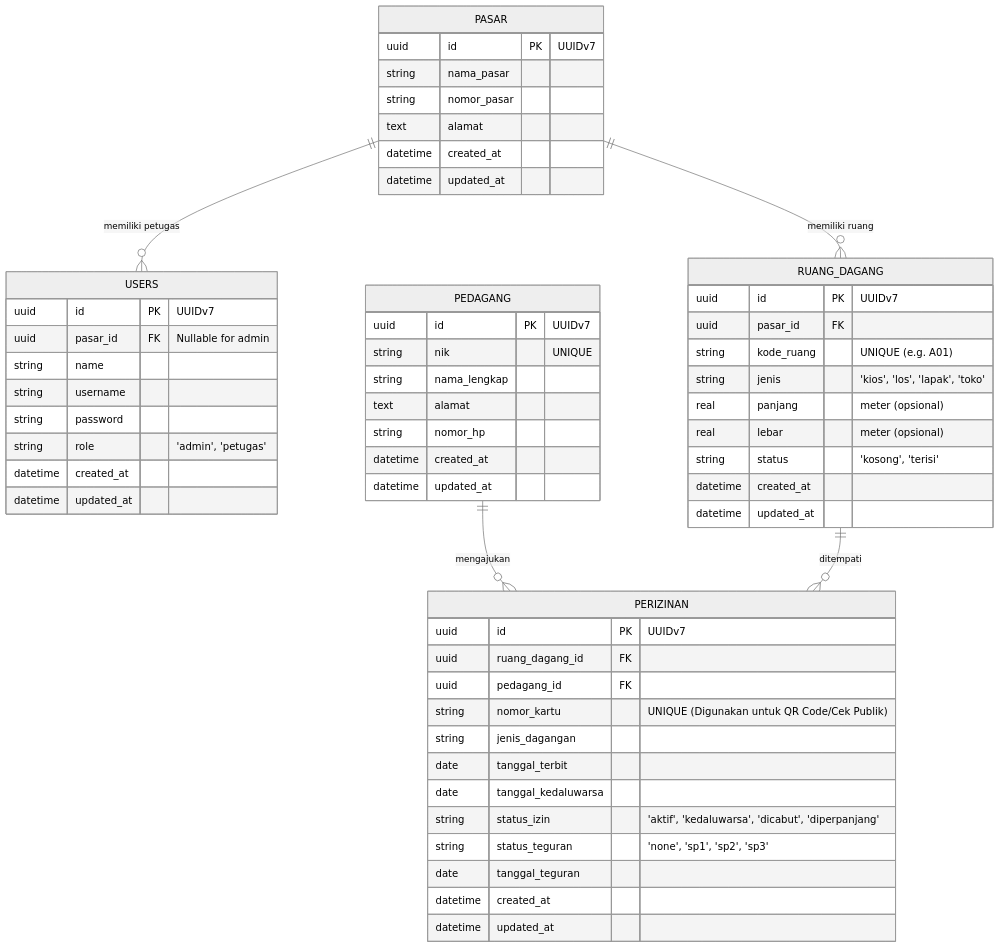
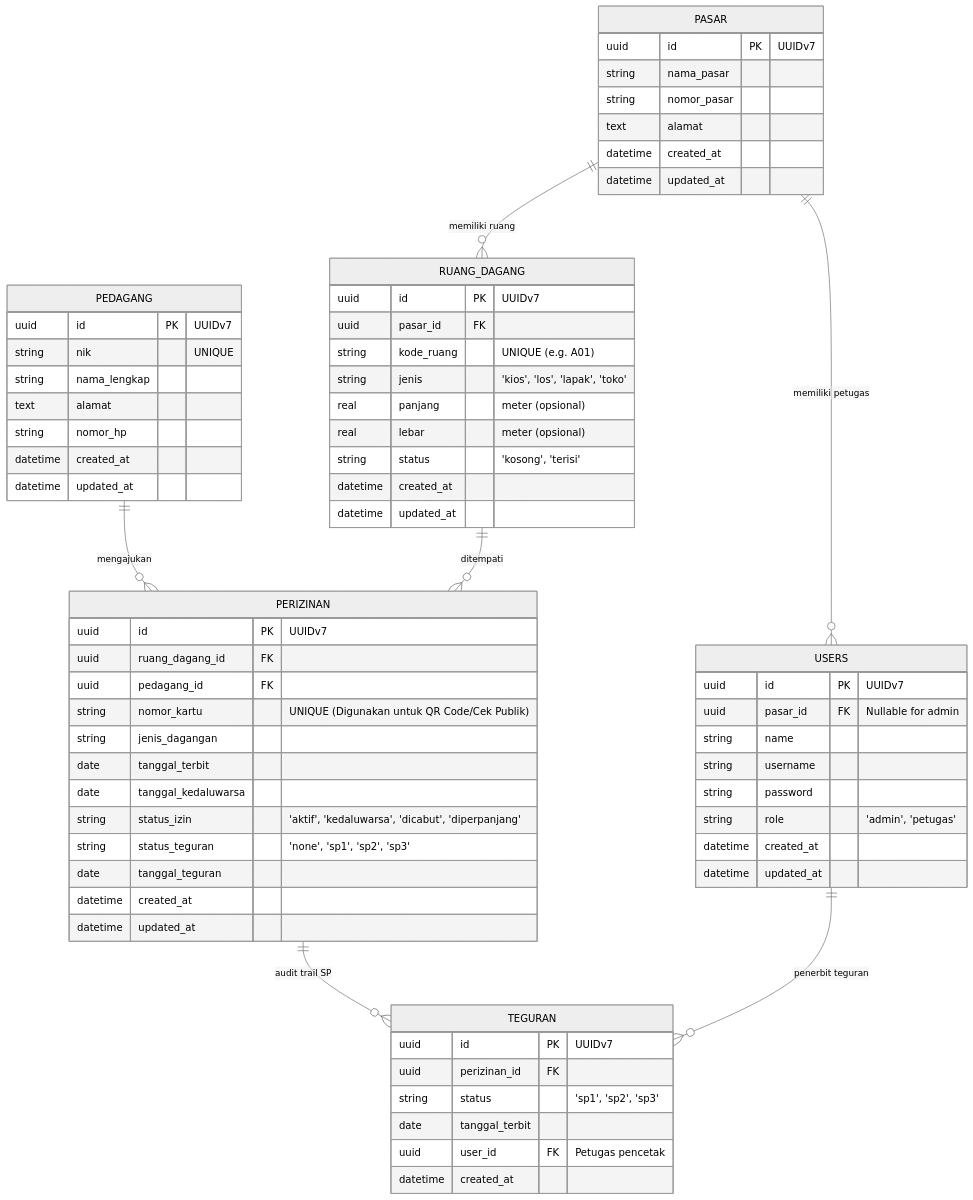
The diagram in docs/database-schema.md (arnevinrenataa3-spec/SIMPASAR), drawn with Mermaid (neutral theme) before and after one commit. The commit also changed other lines of this file and 26 other files, not shown here.

````diff
--- a/docs/database-schema.md
+++ b/docs/database-schema.md
@@ -7,64 +7,75 @@
 ```mermaid
 erDiagram
     USERS {
         uuid id PK "UUIDv7"
         uuid pasar_id FK "Nullable for admin"
         string name
         string username
         string password
         string role "'admin', 'petugas'"
         datetime created_at
         datetime updated_at
     }
 
     PEDAGANG {
         uuid id PK "UUIDv7"
         string nik "UNIQUE"
         string nama_lengkap
         text alamat
         string nomor_hp
         datetime created_at
         datetime updated_at
     }
 
     PASAR {
         uuid id PK "UUIDv7"
         string nama_pasar
         string nomor_pasar
         text alamat
         datetime created_at
         datetime updated_at
     }
 
     RUANG_DAGANG {
         uuid id PK "UUIDv7"
         uuid pasar_id FK
         string kode_ruang "UNIQUE (e.g. A01)"
         string jenis "'kios', 'los', 'lapak', 'toko'"
         real panjang "meter (opsional)"
         real lebar "meter (opsional)"
         string status "'kosong', 'terisi'"
         datetime created_at
         datetime updated_at
     }
 
     PERIZINAN {
         uuid id PK "UUIDv7"
         uuid ruang_dagang_id FK
         uuid pedagang_id FK
         string nomor_kartu "UNIQUE (Digunakan untuk QR Code/Cek Publik)"
         string jenis_dagangan
         date tanggal_terbit
         date tanggal_kedaluwarsa
         string status_izin "'aktif', 'kedaluwarsa', 'dicabut', 'diperpanjang'"
         string status_teguran "'none', 'sp1', 'sp2', 'sp3'"
         date tanggal_teguran
         datetime created_at
         datetime updated_at
     }
 
+    TEGURAN {
+        uuid id PK "UUIDv7"
+        uuid perizinan_id FK
+        string status "'sp1', 'sp2', 'sp3'"
+        date tanggal_terbit
+        uuid user_id FK "Petugas pencetak"
+        datetime created_at
+    }
+
     PASAR ||--o{ USERS : "memiliki petugas"
     PASAR ||--o{ RUANG_DAGANG : "memiliki ruang"
     PEDAGANG ||--o{ PERIZINAN : "mengajukan"
     RUANG_DAGANG ||--o{ PERIZINAN : "ditempati"
+    PERIZINAN ||--o{ TEGURAN : "audit trail SP"
+    USERS ||--o{ TEGURAN : "penerbit teguran"
 ```
````
